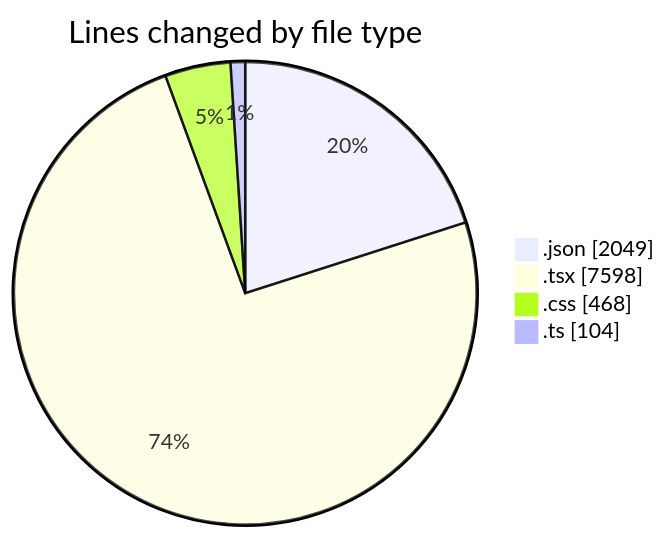
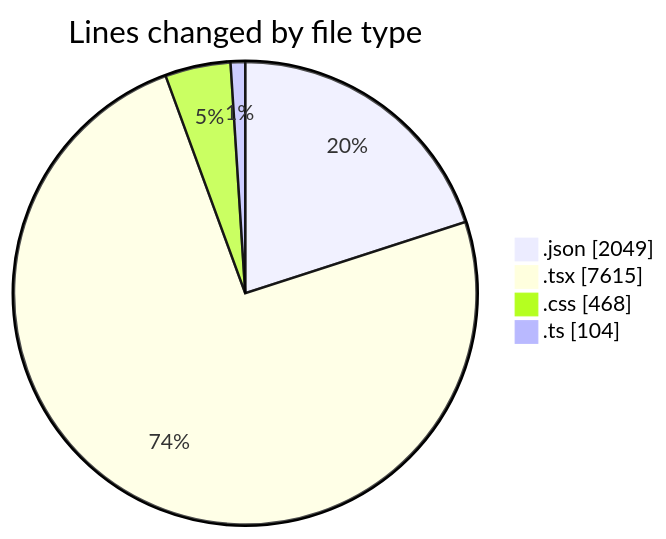
The first of 2 diagrams in 2025-08-14/ribbon/README.md (EIIisD/code-tracking), drawn with Mermaid before and after one commit. The commit also changed other lines of this file and 1 other file, not shown here.

````diff
--- a/2025-08-14/ribbon/README.md
+++ b/2025-08-14/ribbon/README.md
@@ -31,8 +31,8 @@
 ```mermaid
 pie showData
 title Lines changed by file type
 ".json" : 2049
-".tsx" : 7598
+".tsx" : 7615
 ".css" : 468
 ".ts" : 104
 ```
````
